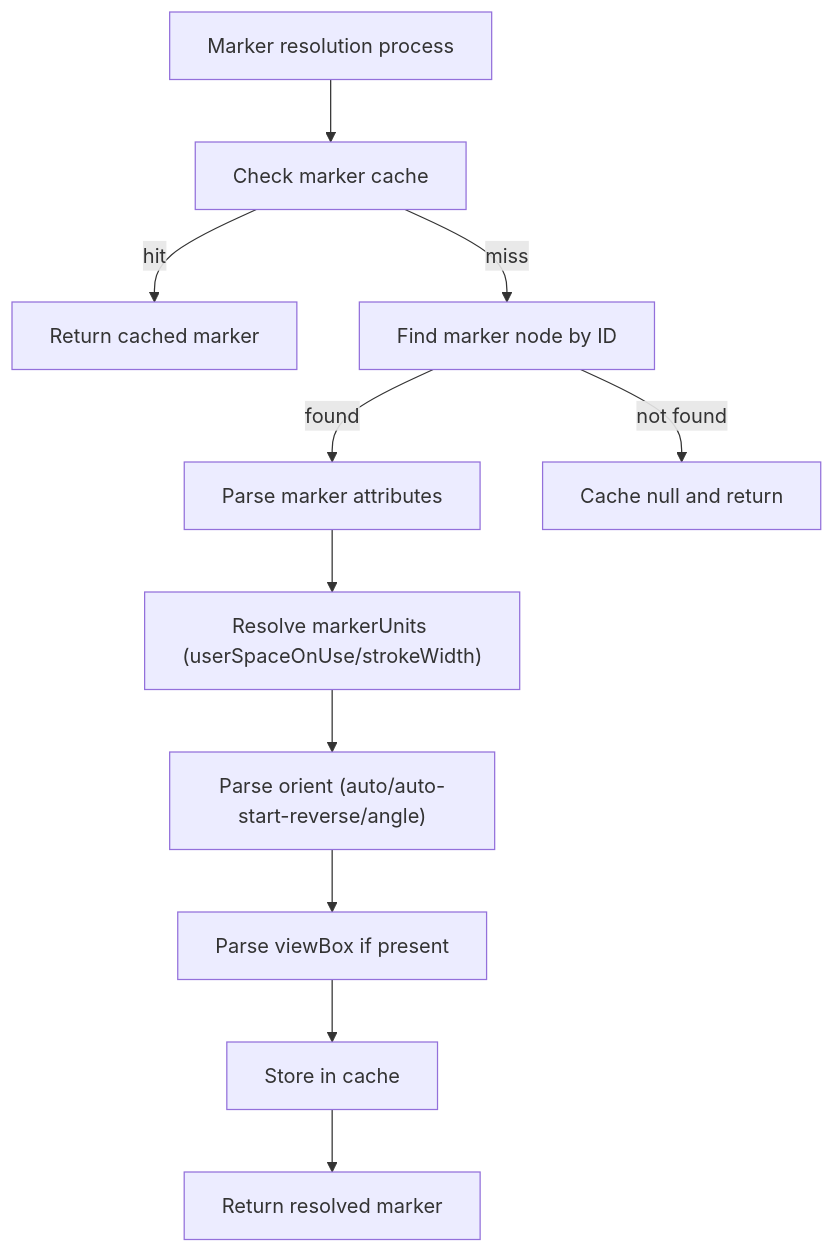
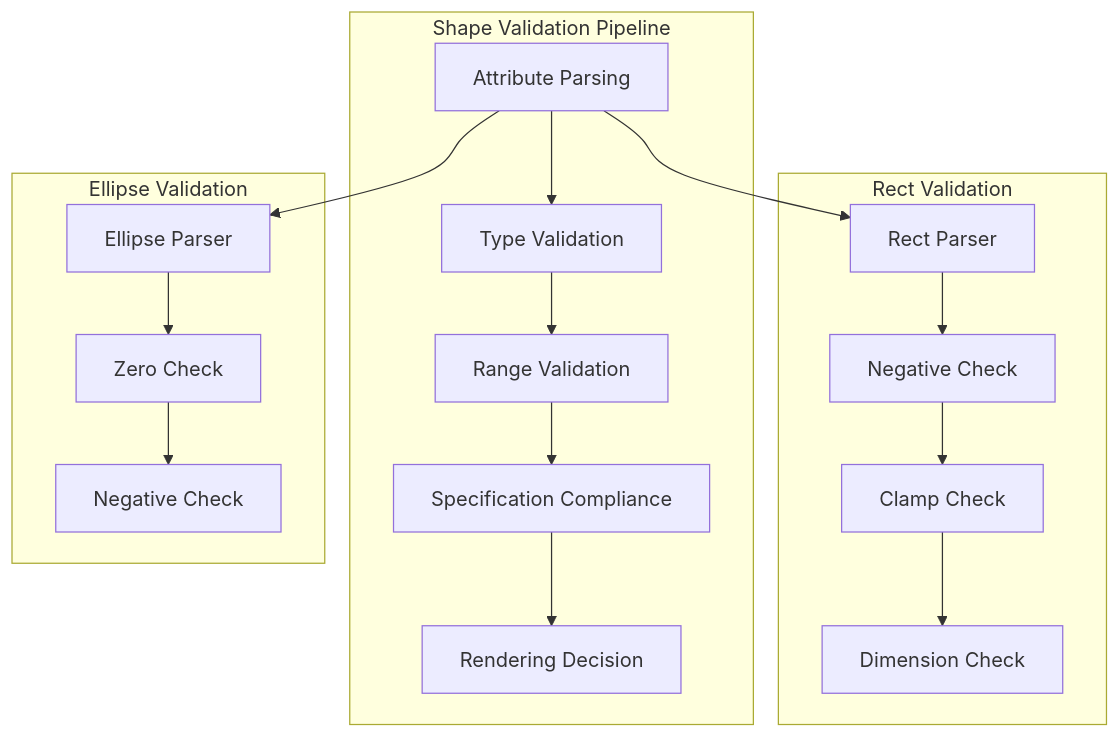
Before and after one commit to denisnadey/flutter_full_svg_support: diagram 14 of 15 in .qoder/repowiki/en/content/Animated SVG Support/Animated SVG Support.md, drawn with Mermaid. The commit also changed other lines of this file and 8 other files, not shown here.

````diff
--- a/.qoder/repowiki/en/content/Animated SVG Support/Animated SVG Support.md
+++ b/.qoder/repowiki/en/content/Animated SVG Support/Animated SVG Support.md
@@ -930,13 +675,20 @@
 ```mermaid
-flowchart TD
-A["Marker resolution process"] --> B["Check marker cache"]
-B --> |hit| C["Return cached marker"]
-B --> |miss| D["Find marker node by ID"]
-D --> |found| E["Parse marker attributes"]
-D --> |not found| F["Cache null and return"]
-E --> G["Resolve markerUnits (userSpaceOnUse/strokeWidth)"]
-G --> H["Parse orient (auto/auto-start-reverse/angle)"]
-H --> I["Parse viewBox if present"]
-I --> J["Store in cache"]
-J --> K["Return resolved marker"]
+graph TB
+subgraph "Shape Validation Pipeline"
+A["Attribute Parsing"] --> B["Type Validation"]
+B --> C["Range Validation"]
+C --> D["Specification Compliance"]
+D --> E["Rendering Decision"]
+end
+subgraph "Rect Validation"
+F["Rect Parser"] --> G["Negative Check"]
+G --> H["Clamp Check"]
+H --> I["Dimension Check"]
+end
+subgraph "Ellipse Validation"
+J["Ellipse Parser"] --> K["Zero Check"]
+K --> L["Negative Check"]
+end
+A --> F
+A --> J
 ```
````
